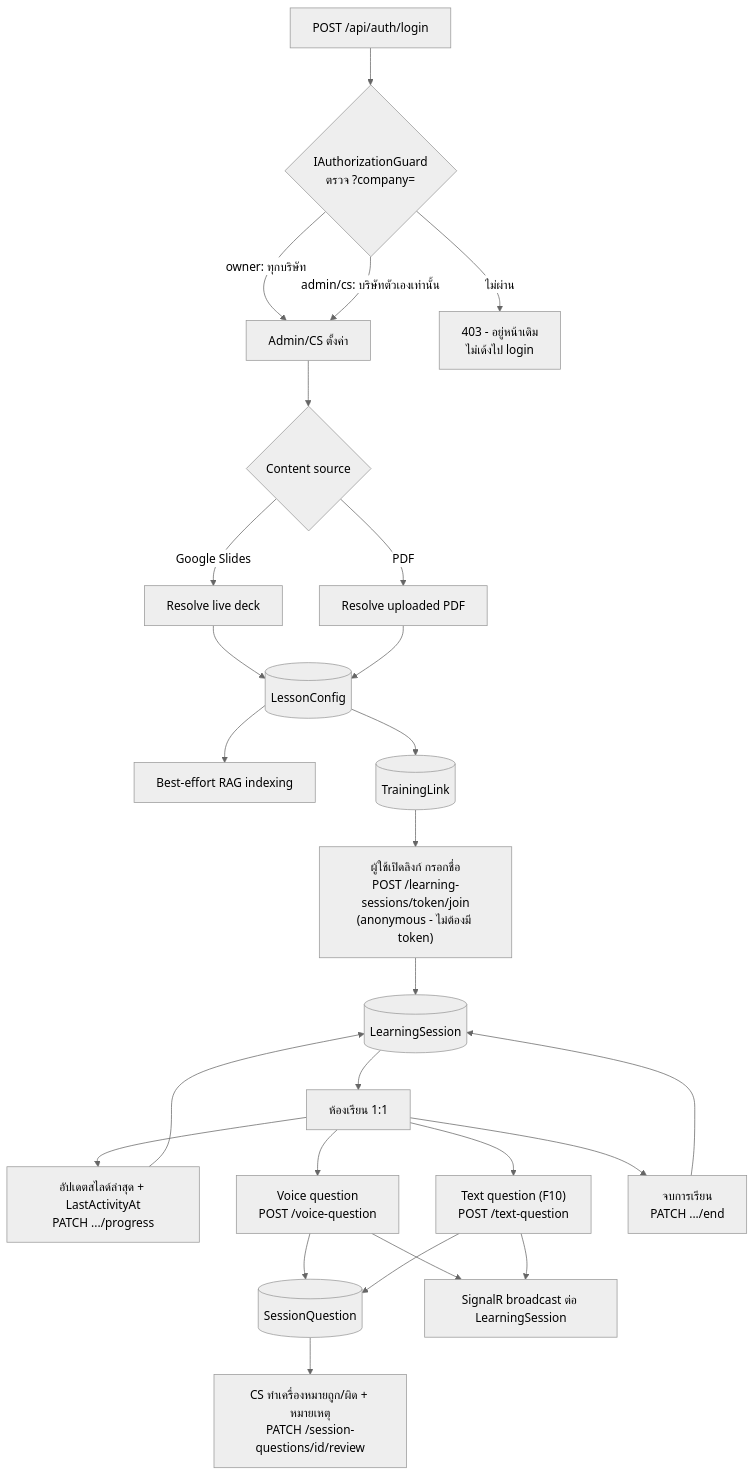
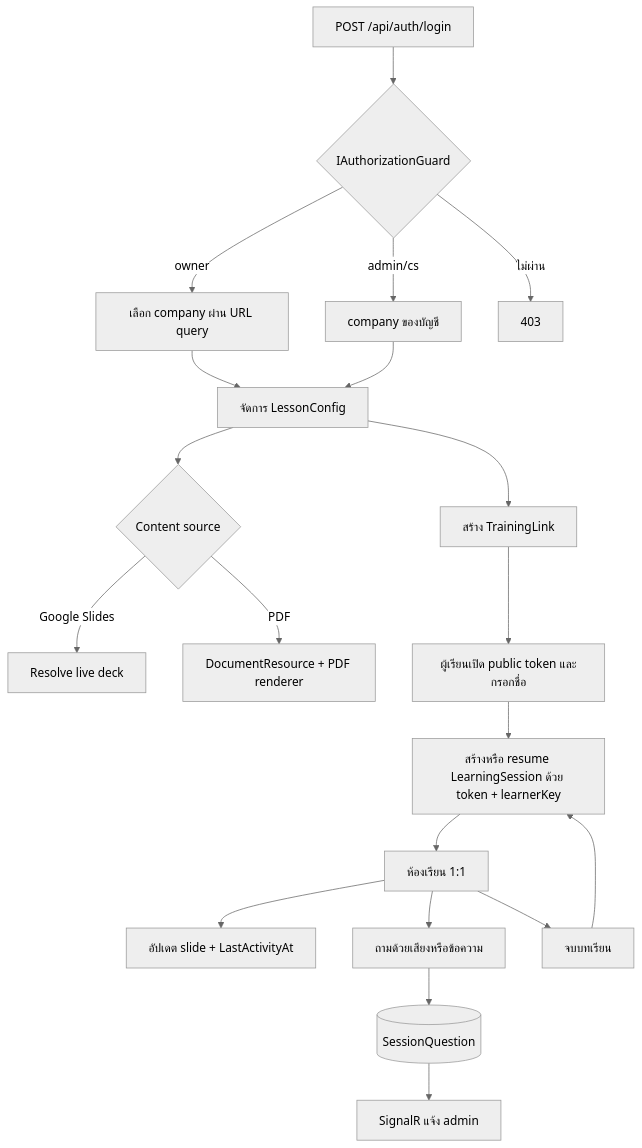
The third of 6 diagrams in backend/docs/ER_DIAGRAM_AND_WORKFLOW.md (Sathaporn24/sb_supportroom), drawn with Mermaid (neutral theme) before and after one commit. The commit also changed other lines of this file and 42 other files, not shown here.

````diff
--- a/backend/docs/ER_DIAGRAM_AND_WORKFLOW.md
+++ b/backend/docs/ER_DIAGRAM_AND_WORKFLOW.md
@@ -125,29 +297,23 @@
 ```mermaid
 flowchart TD
-    Login[POST /api/auth/login] --> Guard{IAuthorizationGuard<br/>ตรวจ ?company=}
-    Guard -->|owner: ทุกบริษัท| Admin
-    Guard -->|admin/cs: บริษัทตัวเองเท่านั้น| Admin
-    Guard -->|ไม่ผ่าน| Forbidden[403 - อยู่หน้าเดิม<br/>ไม่เด้งไป login]
+    Login[POST /api/auth/login] --> Guard{IAuthorizationGuard}
+    Guard -->|owner| AnyCompany[เลือก company ผ่าน URL query]
+    Guard -->|admin/cs| OwnCompany[company ของบัญชี]
+    Guard -->|ไม่ผ่าน| Forbidden[403]
 
-    Admin[Admin/CS ตั้งค่า] --> Source{Content source}
+    AnyCompany --> Lesson[จัดการ LessonConfig]
+    OwnCompany --> Lesson
+    Lesson --> Source{Content source}
     Source -->|Google Slides| Google[Resolve live deck]
-    Source -->|PDF| Pdf[Resolve uploaded PDF]
-    Google --> Lesson[(LessonConfig)]
-    Pdf --> Lesson
-    Lesson --> Index[Best-effort RAG indexing]
-    Lesson --> Link[(TrainingLink)]
-    Link --> Join["ผู้ใช้เปิดลิงก์ กรอกชื่อ<br/>POST /learning-sessions/token/join<br/>(anonymous - ไม่ต้องมี token)"]
-    Join --> Learning[(LearningSession)]
-    Learning --> Room[ห้องเรียน 1:1]
-    Room --> Progress["อัปเดตสไลด์ล่าสุด + LastActivityAt<br/>PATCH .../progress"]
-    Progress --> Learning
-    Room --> Voice["Voice question<br/>POST /voice-question"]
-    Room --> Text["Text question (F10)<br/>POST /text-question"]
-    Voice --> Question[(SessionQuestion)]
-    Text --> Question
-    Voice --> Live[SignalR broadcast ต่อ LearningSession]
-    Text --> Live
-    Room --> End["จบการเรียน<br/>PATCH .../end"]
-    End --> Learning
-    Question --> Review["CS ทำเครื่องหมายถูก/ผิด + หมายเหตุ<br/>PATCH /session-questions/id/review"]
+    Source -->|PDF| Pdf[DocumentResource + PDF renderer]
+    Lesson --> Link[สร้าง TrainingLink]
+    Link --> Join[ผู้เรียนเปิด public token และกรอกชื่อ]
+    Join --> Session[สร้างหรือ resume LearningSession ด้วย token + learnerKey]
+    Session --> Room[ห้องเรียน 1:1]
+    Room --> Progress[อัปเดต slide + LastActivityAt]
+    Room --> Question[ถามด้วยเสียงหรือข้อความ]
+    Question --> SessionQuestion[(SessionQuestion)]
+    SessionQuestion --> SignalR[SignalR แจ้ง admin]
+    Room --> End[จบบทเรียน]
+    End --> Session
 ```
````
